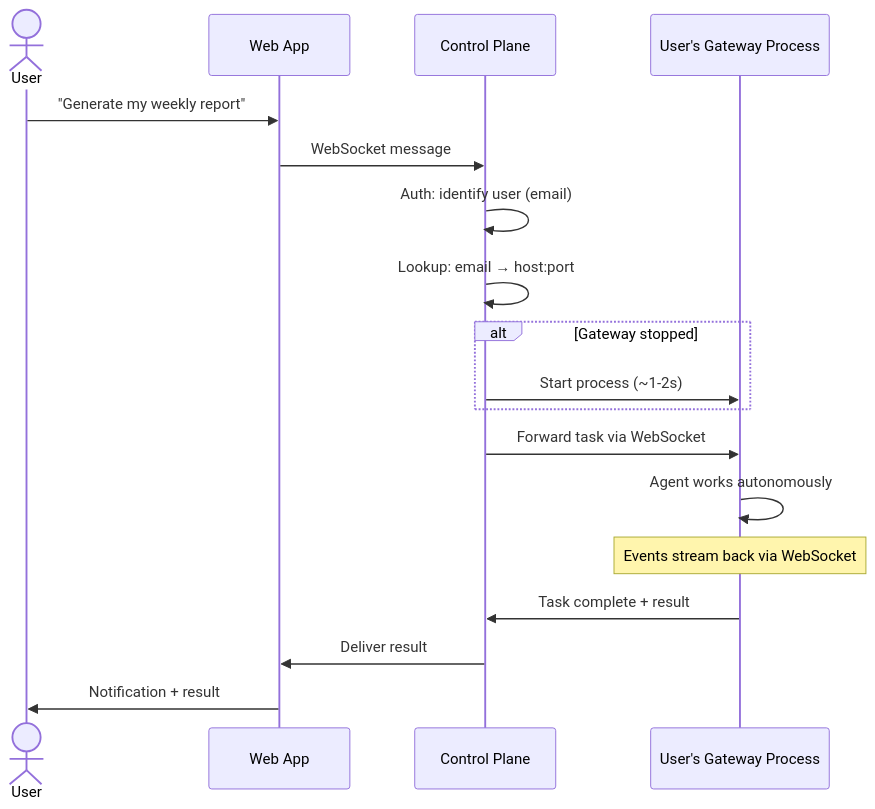
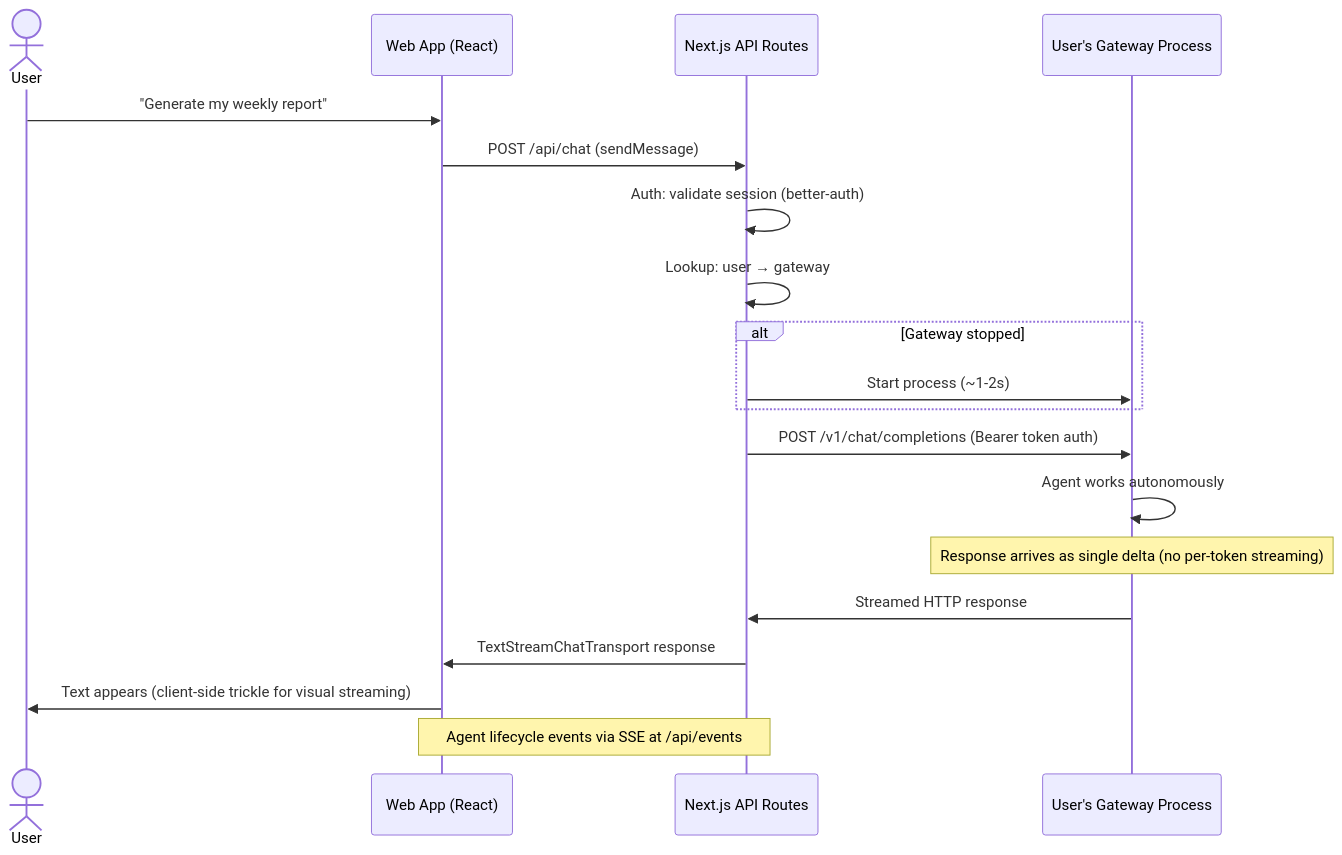
Before and after one commit to 1qh/claw: the fourth of 6 diagrams in brainstorm/architecture/overview.md, drawn with Mermaid. The commit also changed other lines of this file and 181 other files, not shown here.

First line of the commit message:
Phase 4: Next.js frontend with shadcn, better-auth

````diff
--- a/brainstorm/architecture/overview.md
+++ b/brainstorm/architecture/overview.md
@@ -105,24 +104,26 @@
 ```mermaid
 sequenceDiagram
     actor User
-    participant FE as Web App
-    participant CP as Control Plane
+    participant FE as Web App (React)
+    participant API as Next.js API Routes
     participant GW as User's Gateway Process
 
     User->>FE: "Generate my weekly report"
-    FE->>CP: WebSocket message
-    CP->>CP: Auth: identify user (email)
-    CP->>CP: Lookup: email → host:port
+    FE->>API: POST /api/chat (sendMessage)
+    API->>API: Auth: validate session (better-auth)
+    API->>API: Lookup: user → gateway
 
     alt Gateway stopped
-        CP->>GW: Start process (~1-2s)
+        API->>GW: Start process (~1-2s)
     end
 
-    CP->>GW: Forward task via WebSocket
+    API->>GW: POST /v1/chat/completions (Bearer token auth)
     GW->>GW: Agent works autonomously
-    Note over GW: Events stream back via WebSocket
+    Note over GW: Response arrives as single delta (no per-token streaming)
 
-    GW->>CP: Task complete + result
-    CP->>FE: Deliver result
-    FE->>User: Notification + result
+    GW->>API: Streamed HTTP response
+    API->>FE: TextStreamChatTransport response
+    FE->>User: Text appears (client-side trickle for visual streaming)
+
+    Note over FE,API: Agent lifecycle events via SSE at /api/events
 ```
````
